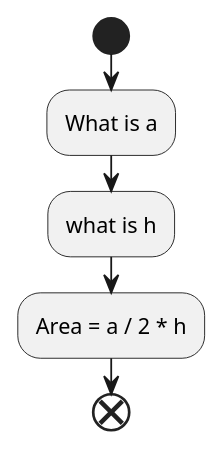
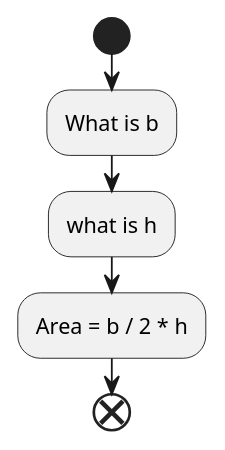
Before and after one commit to sanabel-al-firdaws/programming-advices: diagram 14 of 48 in notes/الكورس الثاني.md, drawn with PlantUML. The commit also changed other lines of this file and 41 other files, not shown here.

````diff
--- a/notes/الكورس الثاني.md
+++ b/notes/الكورس الثاني.md
@@ -306,12 +306,12 @@
 ```plantuml
 
 start
 
-:What is a;
+:What is b;
 :what is h;
-:Area = a / 2 * h;
+:Area = b / 2 * h;
 
 end
 
 
 ```
````
